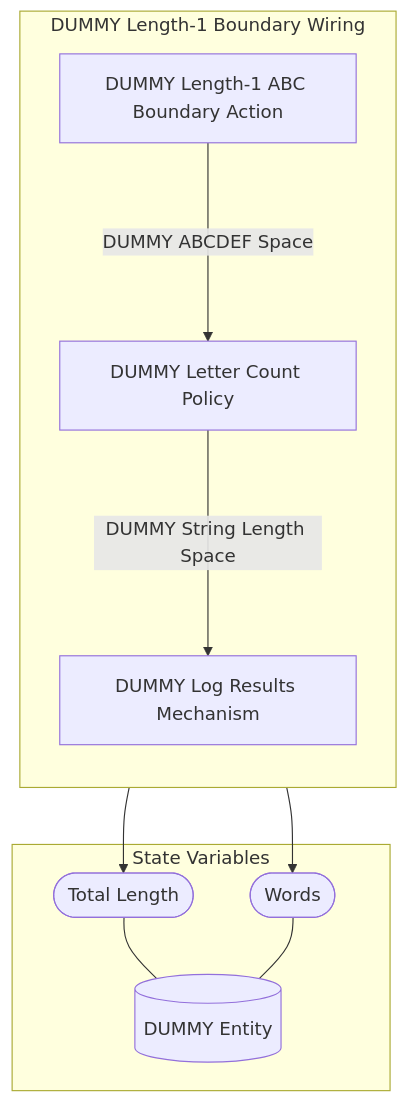
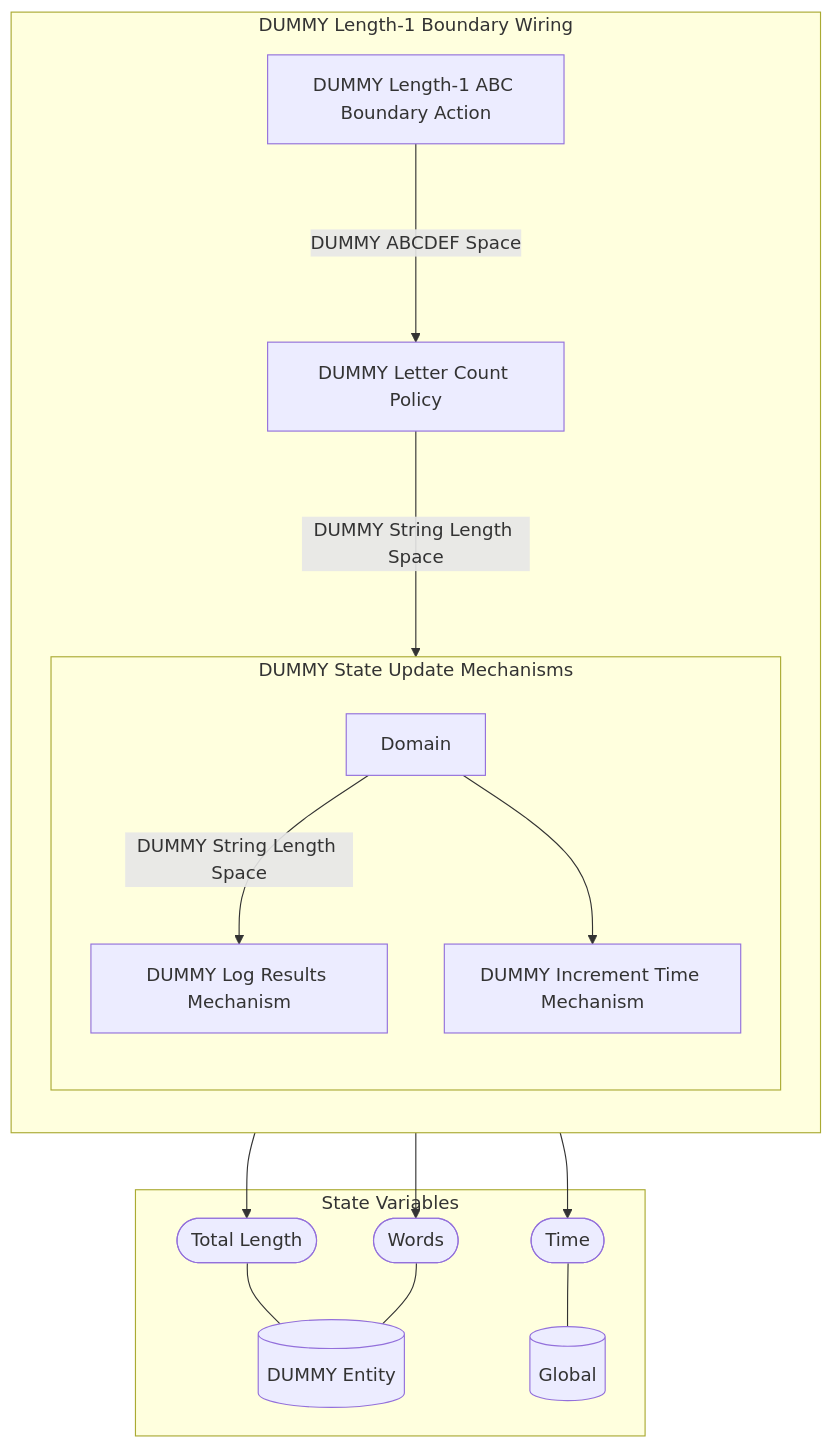
The diagram in reports/obsidian/Wiring/DUMMY Length-1 Boundary Wiring.md (BlockScience/MSML-Template), drawn with Mermaid before and after one commit. The commit also changed other lines of this file and 13 other files, not shown here.

````diff
--- a/reports/obsidian/Wiring/DUMMY Length-1 Boundary Wiring.md
+++ b/reports/obsidian/Wiring/DUMMY Length-1 Boundary Wiring.md
@@ -3,22 +3,36 @@
 ```mermaid
 graph TB
 
 subgraph SVS["State Variables"]
 EE0[("DUMMY Entity")]
+EE1[("Global")]
 EES0(["Total Length"])
 EES0 --- EE0
 EES1(["Words"])
 EES1 --- EE0
+EES2(["Time"])
+EES2 --- EE1
 end
 
-subgraph X4["DUMMY Length-1 Boundary Wiring"]
+subgraph X8["DUMMY Length-1 Boundary Wiring"]
 direction TB
 X1["DUMMY Length-1 ABC Boundary Action"]
 X2["DUMMY Letter Count Policy"]
+subgraph X7["DUMMY State Update Mechanisms"]
+direction TB
 X3["DUMMY Log Results Mechanism"]
 X3 --> EES1
 X3 --> EES0
+X4["DUMMY Increment Time Mechanism"]
+X4 --> EES2
+X5[Domain]
+
+direction LR
+direction TB
+X5 --"DUMMY String Length Space"--> X3
+X5 --> X4
+end
 X1--"DUMMY ABCDEF Space"--->X2
-X2--"DUMMY String Length Space"--->X3
+X2--"DUMMY String Length Space"--->X7
 end
 ```
````
